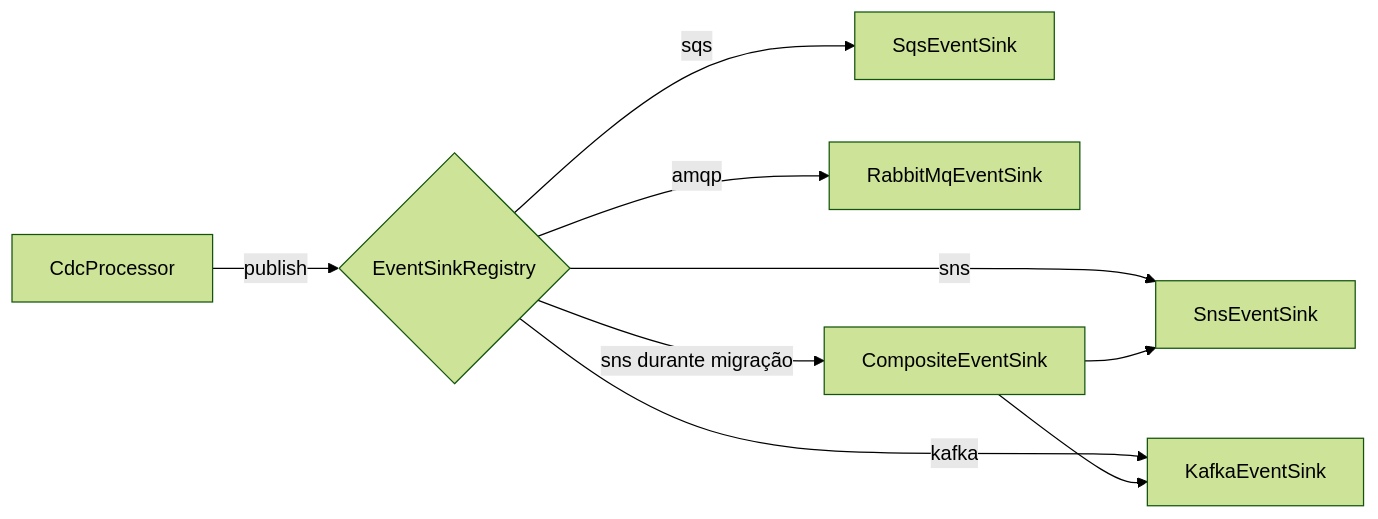
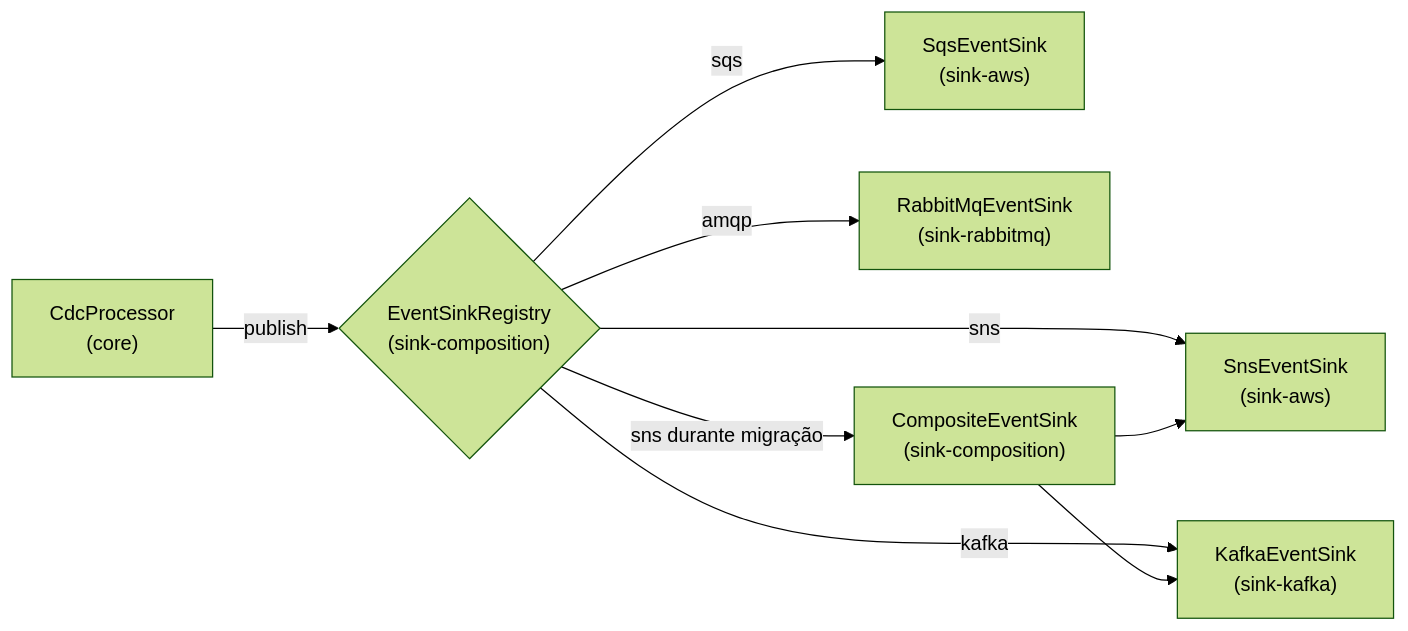
The second of 4 diagrams in docs/ARCHITECTURE.md (fernandoofj/cdc-outbox-event-producer), drawn with Mermaid (forest theme) before and after one commit. The commit also changed other lines of this file and 2 other files, not shown here.

First line of the commit message:
docs: NF4 — refresh Mermaid diagrams for Wave 7 multi-module reality

````diff
--- a/docs/ARCHITECTURE.md
+++ b/docs/ARCHITECTURE.md
@@ -487,11 +587,11 @@
 ```mermaid
 flowchart LR
-  Proc[CdcProcessor] -->|publish| Reg{EventSinkRegistry}
-  Reg -->|sns| Sns[SnsEventSink]
-  Reg -->|sqs| Sqs[SqsEventSink]
-  Reg -->|kafka| Kfk[KafkaEventSink]
-  Reg -->|amqp| Rmq[RabbitMqEventSink]
-  Reg -->|sns durante migração| Comp[CompositeEventSink]
+  Proc["CdcProcessor<br/>(core)"] -->|publish| Reg{"EventSinkRegistry<br/>(sink-composition)"}
+  Reg -->|sns| Sns["SnsEventSink<br/>(sink-aws)"]
+  Reg -->|sqs| Sqs["SqsEventSink<br/>(sink-aws)"]
+  Reg -->|kafka| Kfk["KafkaEventSink<br/>(sink-kafka)"]
+  Reg -->|amqp| Rmq["RabbitMqEventSink<br/>(sink-rabbitmq)"]
+  Reg -->|sns durante migração| Comp["CompositeEventSink<br/>(sink-composition)"]
   Comp --> Sns
   Comp --> Kfk
 ```
````
